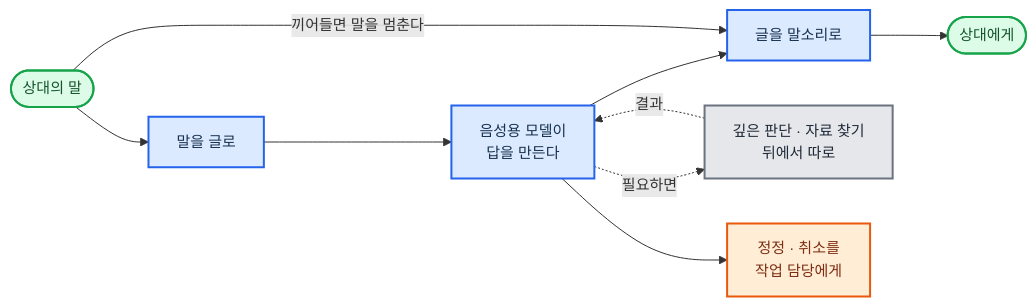
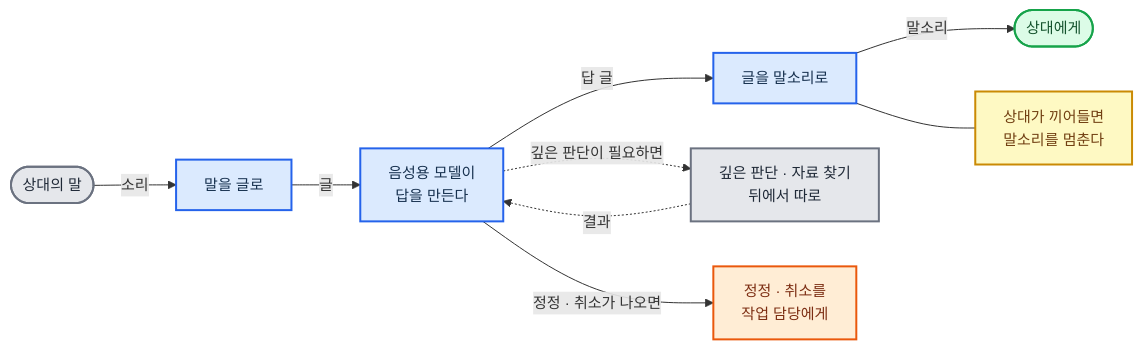
Before and after one commit to harisbaguette/expert: the fourth of 26 diagrams in 전문가 에이전트 정의 2.md, drawn with Mermaid. The commit also changed other lines of this file and 7 other files, not shown here.

````diff
--- a/전문가 에이전트 정의 2.md
+++ b/전문가 에이전트 정의 2.md
@@ -320,19 +417,21 @@
 ```mermaid
 %%{init: {"flowchart": {"wrappingWidth": 640, "curve": "basis", "nodeSpacing": 45, "rankSpacing": 55, "padding": 14, "useMaxWidth": true}, "themeVariables": {"fontSize": "15px"}} }%%
 flowchart LR
-    P(["상대의 말"]):::good
+    P(["상대의 말"]):::store
     S["말을 글로"]:::main
     M["음성용 모델이<br/>답을 만든다"]:::main
     T["글을 말소리로"]:::main
     O(["상대에게"]):::good
     BG["깊은 판단 · 자료 찾기<br/>뒤에서 따로"]:::store
     W["정정 · 취소를<br/>작업 담당에게"]:::back
-    P --> S --> M --> T --> O
-    M -. "필요하면" .-> BG -. "결과" .-> M
-    P -- "끼어들면 말을 멈춘다" --> T
-    M --> W
+    I["상대가 끼어들면<br/>말소리를 멈춘다"]:::note
+    P -- "소리" --> S -- "글" --> M -- "답 글" --> T -- "말소리" --> O
+    M -. "깊은 판단이 필요하면" .-> BG -. "결과" .-> M
+    T --- I
+    M -- "정정 · 취소가 나오면" --> W
     classDef good fill:#dcfce7,stroke:#16a34a,stroke-width:2px,color:#14532d
     classDef main fill:#dbeafe,stroke:#2563eb,stroke-width:2px,color:#17314f
     classDef store fill:#e5e7eb,stroke:#6b7280,stroke-width:2px,color:#1f2937
+    classDef note fill:#fef9c3,stroke:#ca8a04,stroke-width:2px,color:#713f12
     classDef back fill:#ffedd5,stroke:#ea580c,stroke-width:2px,color:#7c2d12
 ```
````
